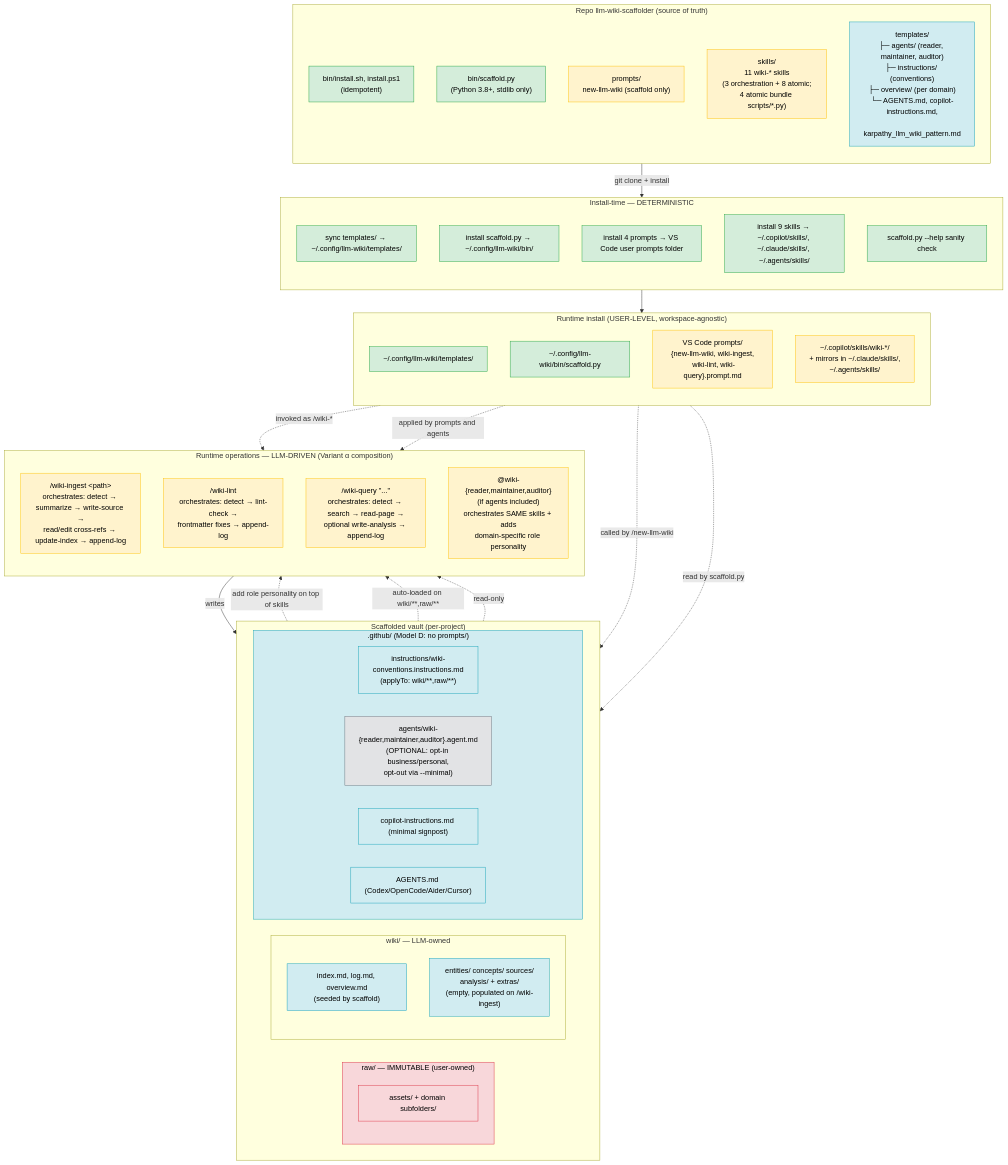
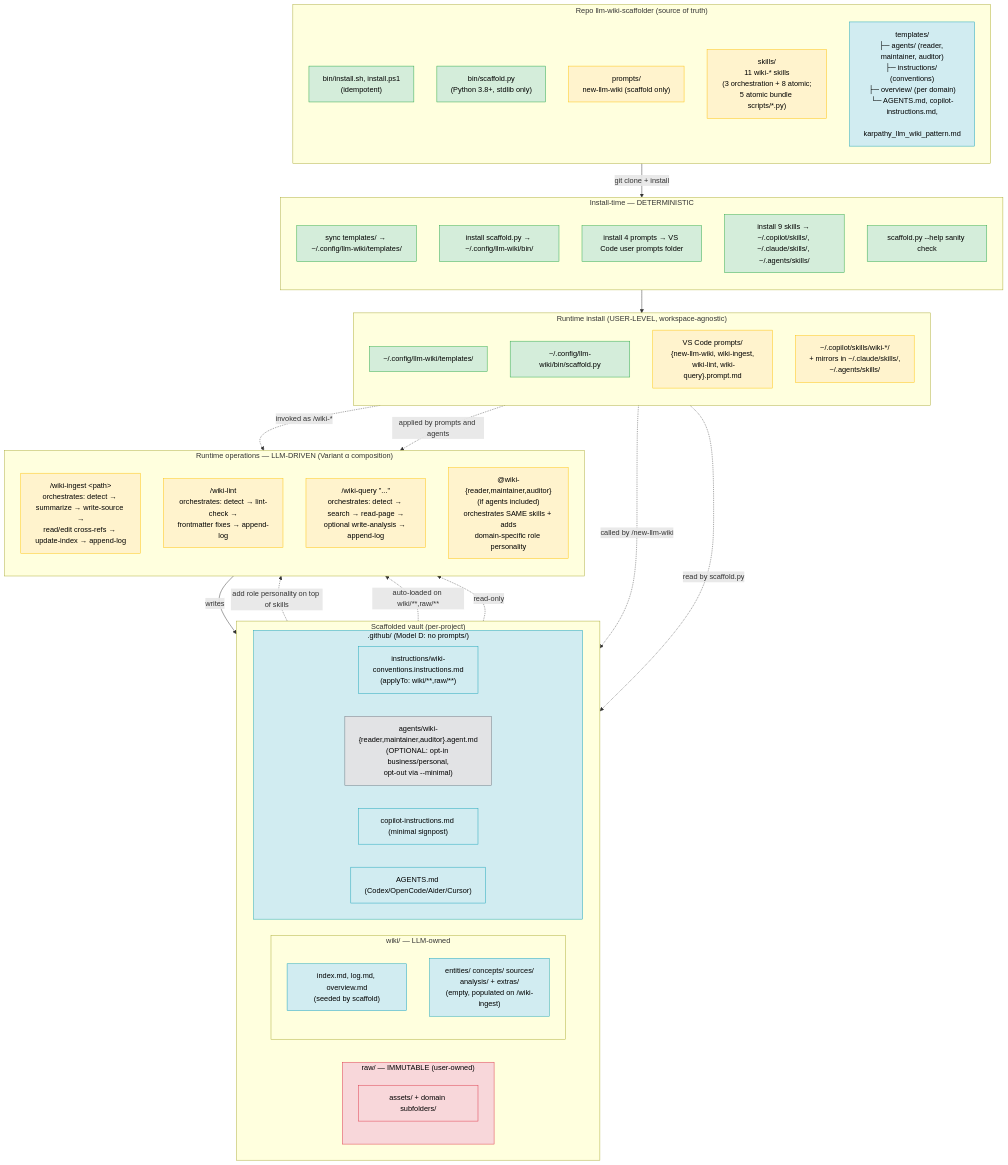
One commit to AntonioBilotta/Llm-Wiki-Scaffolder changed the first of 2 diagrams in ARCHITECTURE.md. Above: the diagram before and after it, drawn with Mermaid. The commit also changed other lines of this file and 9 other files, not shown here.

````diff
--- a/ARCHITECTURE.md
+++ b/ARCHITECTURE.md
@@ -17,76 +17,76 @@
 ```mermaid
 flowchart TB
     subgraph REPO["Repo llm-wiki-scaffolder (source of truth)"]
         direction TB
         R_INSTALL["bin/install.sh, install.ps1<br/>(idempotent)"]
         R_SCAFFOLD["bin/scaffold.py<br/>(Python 3.8+, stdlib only)"]
         R_PROMPTS["prompts/<br/>new-llm-wiki (scaffold only)"]
-        R_SKILLS["skills/<br/>11 wiki-* skills<br/>(3 orchestration + 8 atomic;<br/>4 atomic bundle scripts/*.py)"]
+        R_SKILLS["skills/<br/>11 wiki-* skills<br/>(3 orchestration + 8 atomic;<br/>5 atomic bundle scripts/*.py)"]
         R_TEMPLATES["templates/<br/>├─ agents/ (reader, maintainer, auditor)<br/>├─ instructions/ (conventions)<br/>├─ overview/ (per domain)<br/>└─ AGENTS.md, copilot-instructions.md,<br/>   karpathy_llm_wiki_pattern.md"]
     end
 
     subgraph INSTALL["Install-time — DETERMINISTIC"]
         direction TB
         I_TEMPLATES["sync templates/ → ~/.config/llm-wiki/templates/"]
         I_SCRIPT["install scaffold.py → ~/.config/llm-wiki/bin/"]
         I_PROMPTS["install 4 prompts → VS Code user prompts folder"]
         I_SKILLS["install 9 skills → ~/.copilot/skills/, ~/.claude/skills/, ~/.agents/skills/"]
         I_VERIFY["scaffold.py --help sanity check"]
     end
 
     subgraph USER_HOME["Runtime install (USER-LEVEL, workspace-agnostic)"]
         direction TB
         H_TEMPLATES["~/.config/llm-wiki/templates/"]
         H_SCRIPT["~/.config/llm-wiki/bin/scaffold.py"]
         H_PROMPTS["VS Code prompts/<br/>{new-llm-wiki, wiki-ingest,<br/> wiki-lint, wiki-query}.prompt.md"]
         H_SKILLS["~/.copilot/skills/wiki-*/<br/>+ mirrors in ~/.claude/skills/,<br/>~/.agents/skills/"]
     end
 
     subgraph VAULT["Scaffolded vault (per-project)"]
         direction LR
         subgraph V_RAW["raw/ — IMMUTABLE (user-owned)"]
             V_RAW_F["assets/ + domain subfolders/"]
         end
         subgraph V_WIKI["wiki/ — LLM-owned"]
             V_NAV["index.md, log.md, overview.md<br/>(seeded by scaffold)"]
             V_EMPTY["entities/ concepts/ sources/<br/>analysis/ + extras/<br/>(empty, populated on /wiki-ingest)"]
         end
         subgraph V_META[".github/ (Model D: no prompts/)"]
             V_INSTR["instructions/wiki-conventions.instructions.md<br/>(applyTo: wiki/**,raw/**)"]
             V_AGENTS["agents/wiki-{reader,maintainer,auditor}.agent.md<br/>(OPTIONAL: opt-in business/personal,<br/>opt-out via --minimal)"]
             V_SIGNPOST["copilot-instructions.md (minimal signpost)"]
             V_BRIDGE["AGENTS.md (Codex/OpenCode/Aider/Cursor)"]
         end
     end
 
     subgraph OPS["Runtime operations — LLM-DRIVEN (Variant α composition)"]
         direction TB
         OP_INGEST["/wiki-ingest &lt;path&gt;<br/>orchestrates: detect → summarize → write-source →<br/>read/edit cross-refs → update-index → append-log"]
         OP_LINT["/wiki-lint<br/>orchestrates: detect → lint-check →<br/>frontmatter fixes → append-log"]
         OP_QUERY["/wiki-query &quot;...&quot;<br/>orchestrates: detect → search → read-page →<br/>optional write-analysis → append-log"]
         OP_MAINT_DIRECT["@wiki-{reader,maintainer,auditor}<br/>(if agents included)<br/>orchestrates SAME skills + adds<br/>domain-specific role personality"]
     end
 
     REPO -->|"git clone + install"| INSTALL
     INSTALL --> USER_HOME
     H_PROMPTS -.->|"invoked as /wiki-*"| OPS
     H_SKILLS -.->|"applied by prompts and agents"| OPS
     H_SCRIPT -.->|"called by /new-llm-wiki"| VAULT
     H_TEMPLATES -.->|"read by scaffold.py"| VAULT
     OPS -->|"writes"| V_WIKI
     V_AGENTS -.->|"add role personality on top of skills"| OPS
     V_INSTR -.->|"auto-loaded on wiki/**,raw/**"| OPS
     V_RAW -.->|"read-only"| OPS
 
     classDef det fill:#d4edda,stroke:#28a745,color:#000
     classDef llm fill:#fff3cd,stroke:#ffc107,color:#000
     classDef data fill:#d1ecf1,stroke:#17a2b8,color:#000
     classDef immut fill:#f8d7da,stroke:#dc3545,color:#000
     classDef opt fill:#e2e3e5,stroke:#6c757d,color:#000
 
     class R_INSTALL,R_SCAFFOLD,I_TEMPLATES,I_SCRIPT,I_PROMPTS,I_SKILLS,I_VERIFY,H_TEMPLATES,H_SCRIPT det
     class R_PROMPTS,R_SKILLS,H_PROMPTS,H_SKILLS,OP_INGEST,OP_LINT,OP_QUERY,OP_MAINT_DIRECT llm
     class R_TEMPLATES,V_NAV,V_EMPTY,V_META,V_INSTR,V_SIGNPOST,V_BRIDGE data
     class V_RAW,V_RAW_F immut
     class V_AGENTS opt
 ```
````
